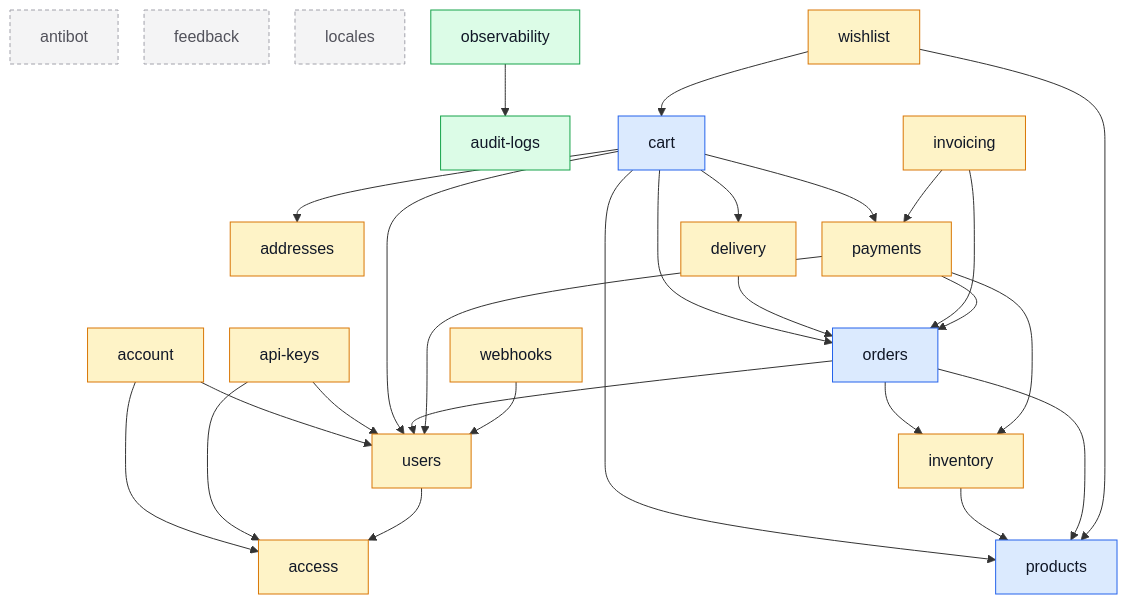
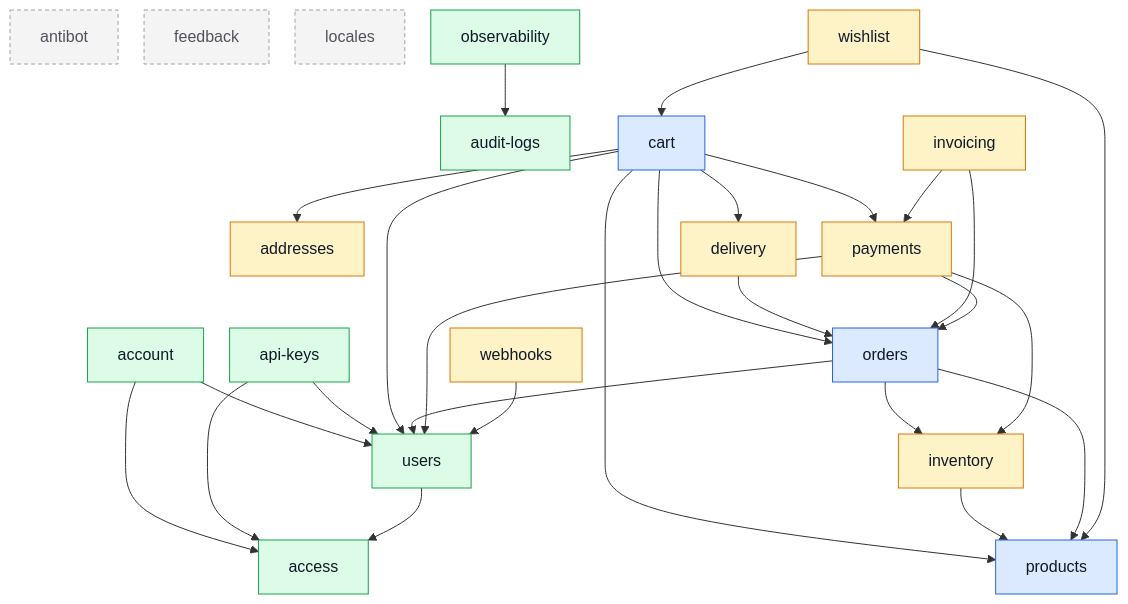
The diagram in docs/modules/index.md (Guebbit/boilerplate-node-backend), drawn with Mermaid before and after one commit. The commit also changed 13 other files, not shown here.

First line of the commit message:
docs(modules): relabel Identity & Access as one generic context

````diff
--- a/docs/modules/index.md
+++ b/docs/modules/index.md
@@ -40,58 +40,58 @@
 ```mermaid
 %%{init: {'flowchart': {'nodeSpacing': 26, 'rankSpacing': 52}}}%%
 flowchart TD
     access
     account
     addresses
     antibot
     api_keys["api-keys"]
     audit_logs["audit-logs"]
     cart
     delivery
     feedback
     inventory
     invoicing
     locales
     observability
     orders
     payments
     products
     users
     webhooks
     wishlist
 
     account --> access
     account --> users
     api_keys --> access
     api_keys --> users
     cart --> addresses
     cart --> delivery
     cart --> orders
     cart --> payments
     cart --> products
     cart --> users
     delivery --> orders
     inventory --> products
     invoicing --> orders
     invoicing --> payments
     observability --> audit_logs
     orders --> inventory
     orders --> products
     orders --> users
     payments --> inventory
     payments --> orders
     payments --> users
     users --> access
     webhooks --> users
     wishlist --> cart
     wishlist --> products
 
     classDef core fill:#dbeafe,stroke:#2563eb,color:#111827;
     classDef supporting fill:#fef3c7,stroke:#d97706,color:#111827;
     classDef generic fill:#dcfce7,stroke:#16a34a,color:#111827;
     classDef isolated fill:#f4f4f5,stroke:#a1a1aa,color:#52525b,stroke-dasharray:4 3;
     class cart,orders,products core;
-    class access,account,addresses,api_keys,delivery,inventory,invoicing,payments,users,webhooks,wishlist supporting;
-    class audit_logs,observability generic;
+    class addresses,delivery,inventory,invoicing,payments,webhooks,wishlist supporting;
+    class access,account,api_keys,audit_logs,observability,users generic;
     class antibot,feedback,locales isolated;
 ```
````
